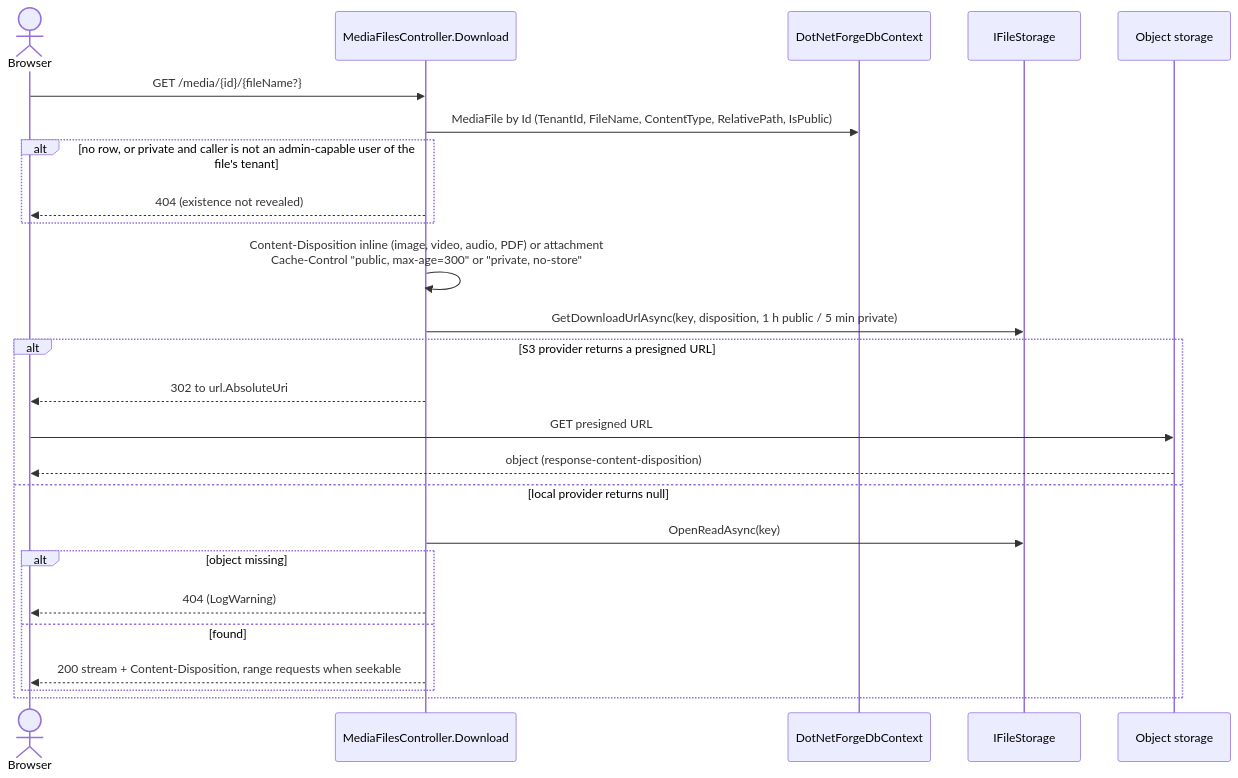
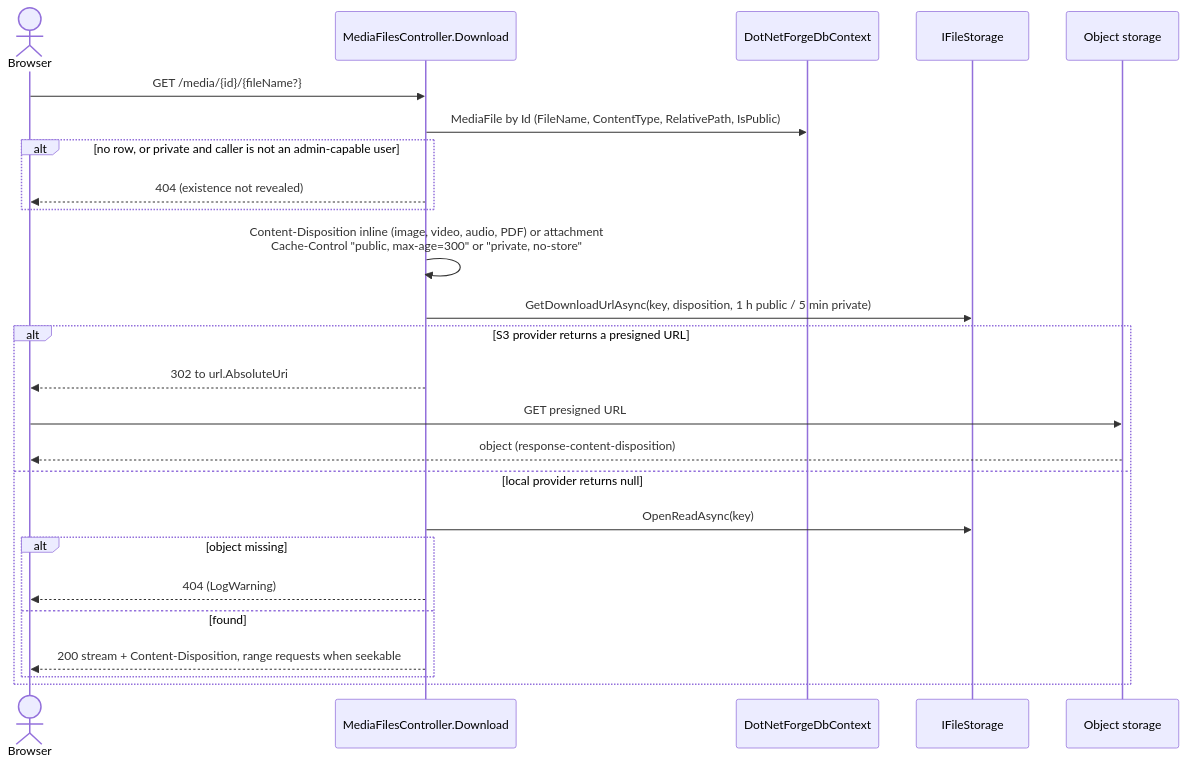
One commit to Albadit/DotNetForge changed the tenth of 12 diagrams in .docs/architecture/data-flow.md. Above: the diagram before and after it, drawn with Mermaid. The commit also changed other lines of this file and 306 other files, not shown here.

````diff
--- a/.docs/architecture/data-flow.md
+++ b/.docs/architecture/data-flow.md
@@ -380,27 +388,27 @@
 ```mermaid
 sequenceDiagram
     actor B as Browser
     participant MF as MediaFilesController.Download
     participant DB as DotNetForgeDbContext
     participant FS as IFileStorage
     participant OS as Object storage
     B->>MF: GET /media/{id}/{fileName?}
-    MF->>DB: MediaFile by Id (TenantId, FileName, ContentType, RelativePath, IsPublic)
-    alt no row, or private and caller is not an admin-capable user of the file's tenant
+    MF->>DB: MediaFile by Id (FileName, ContentType, RelativePath, IsPublic)
+    alt no row, or private and caller is not an admin-capable user
         MF-->>B: 404 (existence not revealed)
     end
     MF->>MF: Content-Disposition inline (image, video, audio, PDF) or attachment<br/>Cache-Control "public, max-age=300" or "private, no-store"
     MF->>FS: GetDownloadUrlAsync(key, disposition, 1 h public / 5 min private)
     alt S3 provider returns a presigned URL
         MF-->>B: 302 to url.AbsoluteUri
         B->>OS: GET presigned URL
         OS-->>B: object (response-content-disposition)
     else local provider returns null
         MF->>FS: OpenReadAsync(key)
         alt object missing
             MF-->>B: 404 (LogWarning)
         else found
             MF-->>B: 200 stream + Content-Disposition, range requests when seekable
         end
     end
 ```
````
